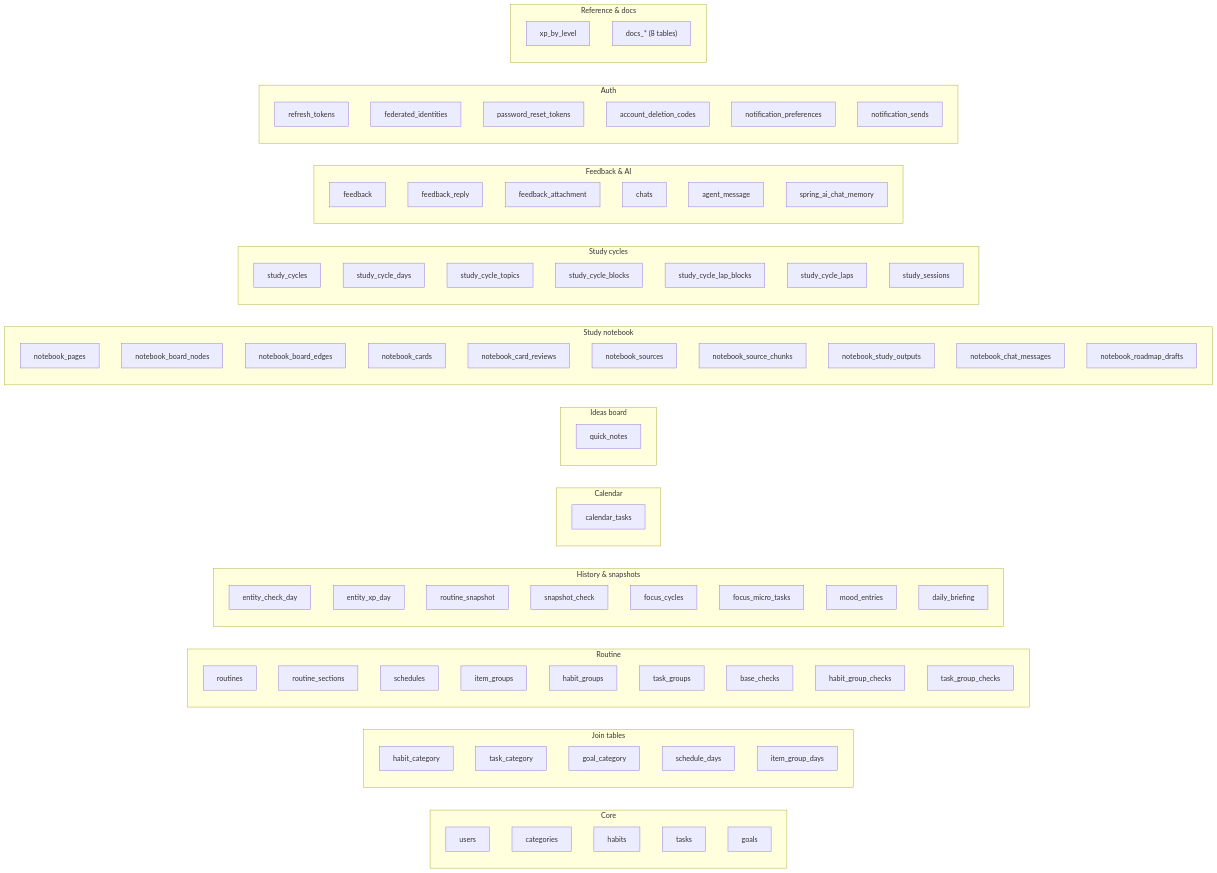
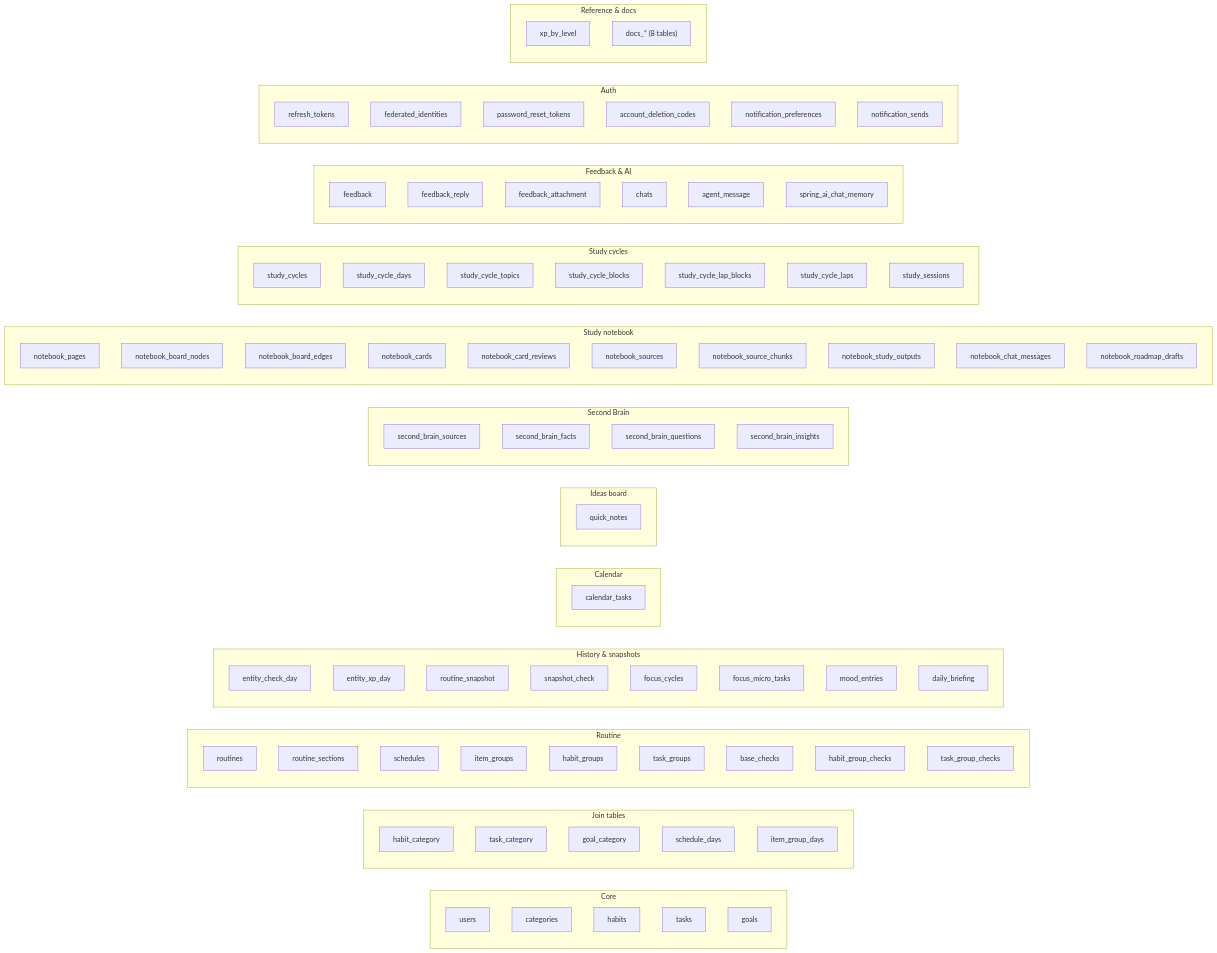
Before and after one commit to AndDev741/Beyou-arch-design: the fifth of 5 diagrams in architecture/domain-model/en.md, drawn with Mermaid. The commit also changed other lines of this file and 31 other files, not shown here.

```diff
--- a/architecture/domain-model/en.md
+++ b/architecture/domain-model/en.md
@@ -686,6 +742,13 @@
     quick_notes
   end
 
+  subgraph secondbrain["Second Brain"]
+    second_brain_sources
+    second_brain_facts
+    second_brain_questions
+    second_brain_insights
+  end
+
   subgraph notebook["Study notebook"]
     notebook_pages
     notebook_board_nodes
```
